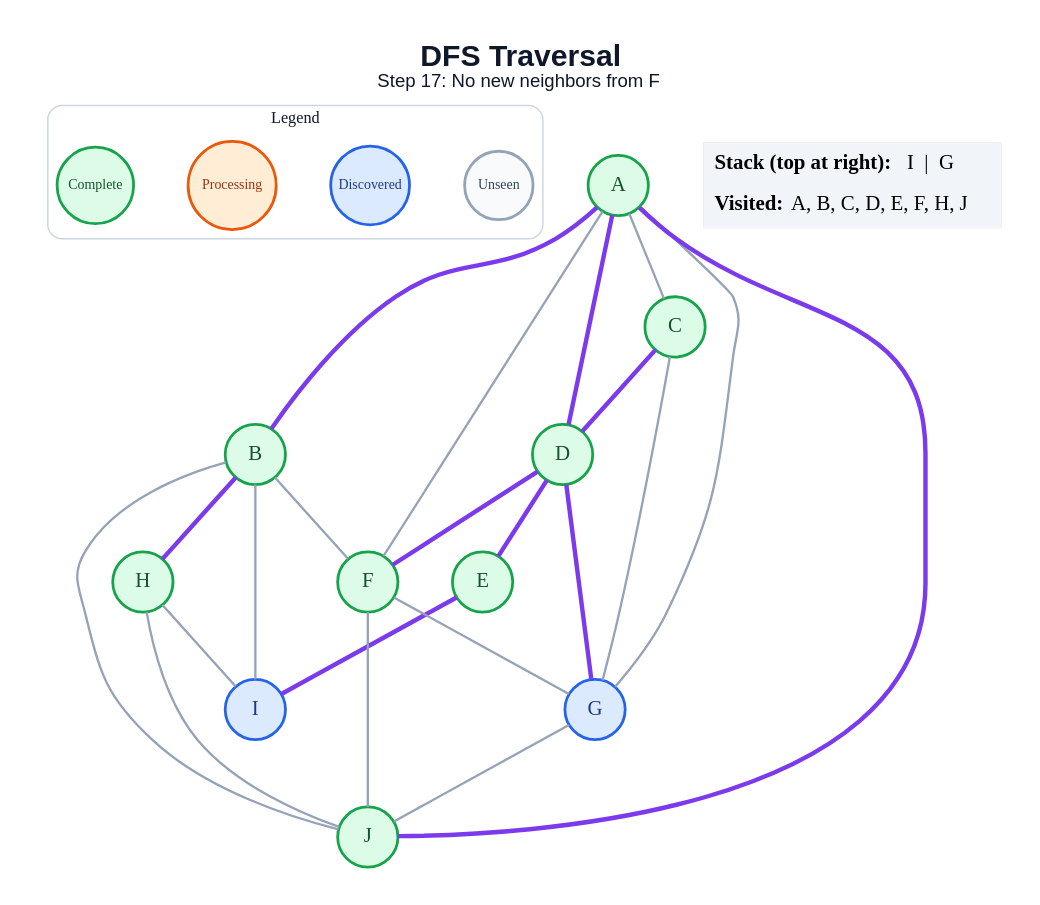
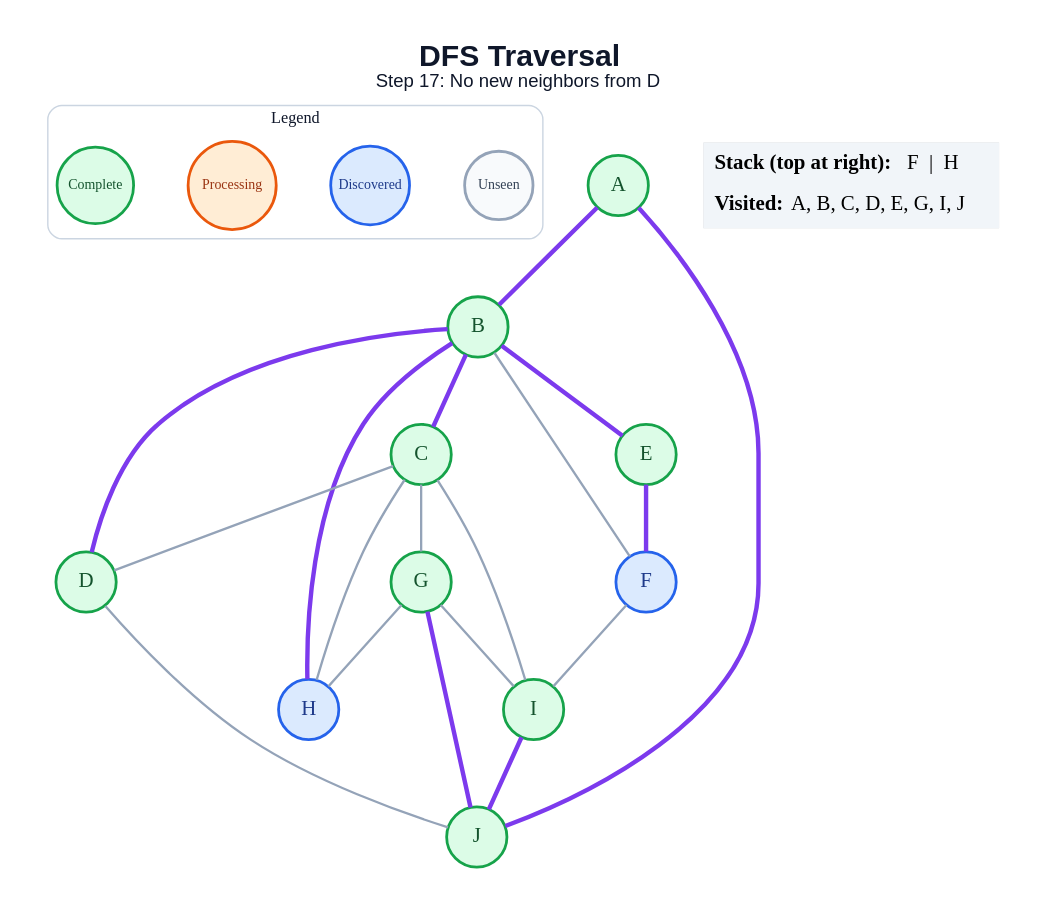
Before and after one commit to anon7238593-create/ai-slop: the diagram in generated/specific-node/dfs/step_17.dot, drawn with Graphviz. The commit also changed 178 other files, not shown here.

```diff
--- a/generated/specific-node/dfs/step_17.dot
+++ b/generated/specific-node/dfs/step_17.dot
@@ -1,50 +1,47 @@
 graph traversal {
   graph [layout=dot, rankdir=TB, bgcolor="#FFFFFF", pad="0.35", nodesep="0.65", ranksep="0.8", fontname="Arial"];
   node [shape=circle, style="filled", fontname="Arial Bold", fontsize=18, width=0.72, fixedsize=true, penwidth=2.4];
   edge [color="#94A3B8", penwidth=2.0];
-  label=<<B>DFS Traversal</B><BR/><FONT POINT-SIZE="16">Step 17: No new neighbors from F</FONT>>; labelloc="t"; fontsize=26; fontname="Arial"; fontcolor="#0F172A";
+  label=<<B>DFS Traversal</B><BR/><FONT POINT-SIZE="16">Step 17: No new neighbors from D</FONT>>; labelloc="t"; fontsize=26; fontname="Arial"; fontcolor="#0F172A";
   subgraph cluster_legend { label="Legend"; color="#CBD5E1"; penwidth=1.2; style="rounded"; fontsize=14; fontname="Arial Bold";
     key_unseen [label="Unseen", fillcolor="#F8FAFC", color="#94A3B8", fontcolor="#334155", fontsize=12, width=0.82];
     key_frontier [label="Discovered", fillcolor="#DBEAFE", color="#2563EB", fontcolor="#1E3A8A", fontsize=12, width=0.95];
     key_current [label="Processing", fillcolor="#FFEDD5", color="#EA580C", fontcolor="#9A3412", fontsize=12, width=1.05];
     key_done [label="Complete", fillcolor="#DCFCE7", color="#16A34A", fontcolor="#14532D", fontsize=12, width=0.92];
     { rank=same; key_unseen; key_frontier; key_current; key_done; }
   }
   A [fillcolor="#DCFCE7", color="#16A34A", fontcolor="#14532D"];
   B [fillcolor="#DCFCE7", color="#16A34A", fontcolor="#14532D"];
   C [fillcolor="#DCFCE7", color="#16A34A", fontcolor="#14532D"];
   D [fillcolor="#DCFCE7", color="#16A34A", fontcolor="#14532D"];
   E [fillcolor="#DCFCE7", color="#16A34A", fontcolor="#14532D"];
-  F [fillcolor="#DCFCE7", color="#16A34A", fontcolor="#14532D"];
-  G [fillcolor="#DBEAFE", color="#2563EB", fontcolor="#1E3A8A"];
-  H [fillcolor="#DCFCE7", color="#16A34A", fontcolor="#14532D"];
-  I [fillcolor="#DBEAFE", color="#2563EB", fontcolor="#1E3A8A"];
+  F [fillcolor="#DBEAFE", color="#2563EB", fontcolor="#1E3A8A"];
+  G [fillcolor="#DCFCE7", color="#16A34A", fontcolor="#14532D"];
+  H [fillcolor="#DBEAFE", color="#2563EB", fontcolor="#1E3A8A"];
+  I [fillcolor="#DCFCE7", color="#16A34A", fontcolor="#14532D"];
   J [fillcolor="#DCFCE7", color="#16A34A", fontcolor="#14532D"];
   A -- B [color="#7C3AED", penwidth=3.8];
-  A -- C;
-  A -- D [color="#7C3AED", penwidth=3.8];
-  A -- F;
-  A -- G;
   A -- J [color="#7C3AED", penwidth=3.8];
+  B -- C [color="#7C3AED", penwidth=3.8];
+  B -- D [color="#7C3AED", penwidth=3.8];
+  B -- E [color="#7C3AED", penwidth=3.8];
   B -- F;
   B -- H [color="#7C3AED", penwidth=3.8];
-  B -- I;
-  B -- J;
-  C -- D [color="#7C3AED", penwidth=3.8];
+  C -- D;
   C -- G;
-  D -- E [color="#7C3AED", penwidth=3.8];
-  D -- F [color="#7C3AED", penwidth=3.8];
-  D -- G [color="#7C3AED", penwidth=3.8];
-  E -- I [color="#7C3AED", penwidth=3.8];
-  F -- G;
-  F -- J;
-  G -- J;
-  H -- I;
-  H -- J;
+  C -- H;
+  C -- I;
+  D -- J;
+  E -- F [color="#7C3AED", penwidth=3.8];
+  F -- I;
+  G -- H;
+  G -- I;
+  G -- J [color="#7C3AED", penwidth=3.8];
+  I -- J [color="#7C3AED", penwidth=3.8];
   status [shape=plain, fixedsize=false, width=0, height=0, margin=0, label=<
     <TABLE BORDER="0" CELLBORDER="0" CELLPADDING="7" BGCOLOR="#F1F5F9">
-      <TR><TD ALIGN="LEFT"><B>Stack (top at right):</B> I  |  G</TD></TR>
-      <TR><TD ALIGN="LEFT"><B>Visited:</B> A, B, C, D, E, F, H, J</TD></TR>
+      <TR><TD ALIGN="LEFT"><B>Stack (top at right):</B> F  |  H</TD></TR>
+      <TR><TD ALIGN="LEFT"><B>Visited:</B> A, B, C, D, E, G, I, J</TD></TR>
     </TABLE>
   >];
 }
```
